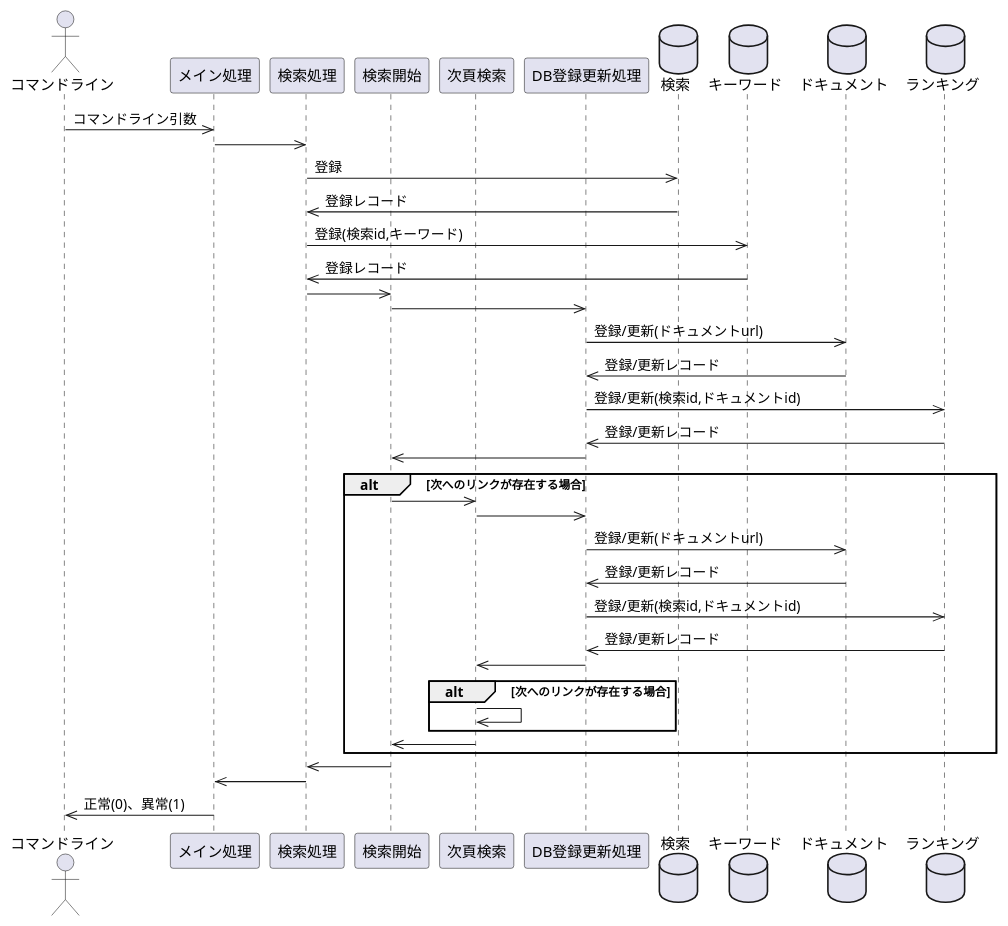
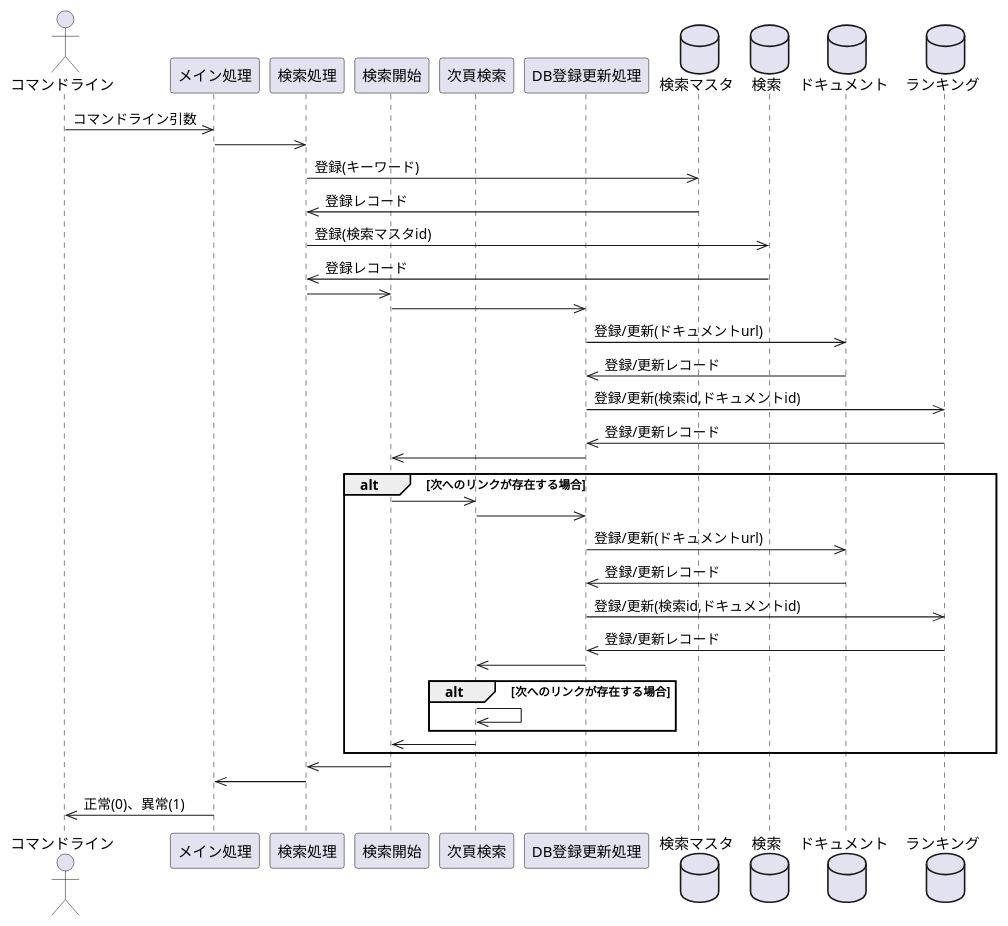
Before and after one commit to DaishinUehara/RankingChecker: the second of 2 diagrams in README.md, drawn with PlantUML. The commit also changed other lines of this file, not shown here.

Commit message:
仕様変更分をREADMEに反映

````diff
--- a/README.md
+++ b/README.md
@@ -41,44 +41,44 @@
 ```plantuml
 @startuml
 actor コマンドライン as cmd
 participant メイン処理 as main
 participant 検索処理 as search
 participant 検索開始 as search_start
 participant 次頁検索 as search_next
 participant DB登録更新処理 as db_upsert
+database 検索マスタ as t_search_m
 database 検索 as t_search
-database キーワード as t_keyword
 database ドキュメント as t_doc
 database ランキング as t_ranking
 
 cmd->>main: コマンドライン引数
     main->>search: 
-        search->>t_search: 登録
+        search->>t_search_m: 登録(キーワード)
+            t_search_m->>search: 登録レコード
+        search->>t_search: 登録(検索マスタid)
             t_search->>search: 登録レコード
-        search->>t_keyword: 登録(検索id,キーワード)
-            t_keyword->>search: 登録レコード
         search->>search_start: 
             search_start->>db_upsert: 
                 db_upsert->>t_doc: 登録/更新(ドキュメントurl)
                     t_doc->>db_upsert: 登録/更新レコード
                 db_upsert->>t_ranking: 登録/更新(検索id,ドキュメントid)
                     t_ranking->>db_upsert: 登録/更新レコード
                 db_upsert->>search_start: 
             alt 次へのリンクが存在する場合
             search_start->>search_next: 
                 search_next->>db_upsert: 
                     db_upsert->>t_doc: 登録/更新(ドキュメントurl)
                         t_doc->>db_upsert: 登録/更新レコード
                     db_upsert->>t_ranking: 登録/更新(検索id,ドキュメントid)
                         t_ranking->>db_upsert: 登録/更新レコード
                     db_upsert->>search_next: 
                 alt 次へのリンクが存在する場合
                     search_next->>search_next: 
                 end
                 search_next->>search_start: 
             end
             search_start->>search: 
         search->>main: 
     main->>cmd: 正常(0)、異常(1)
 @enduml
 ```
````
